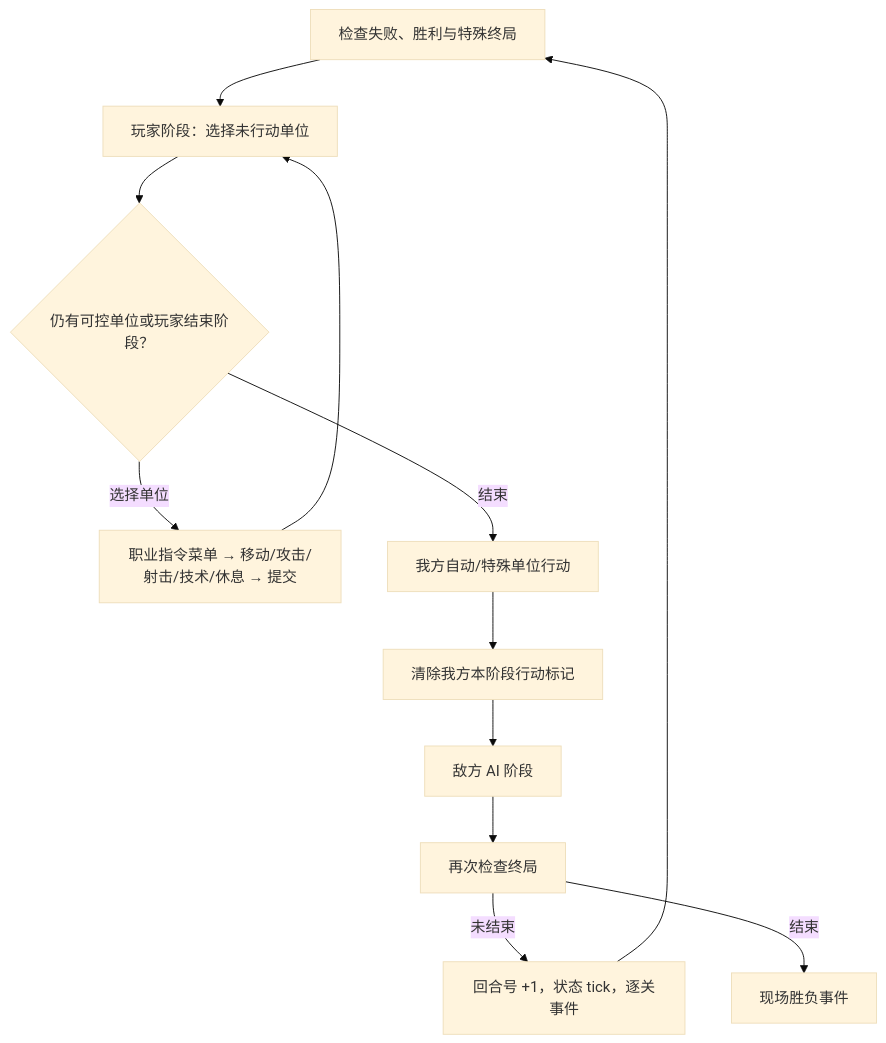
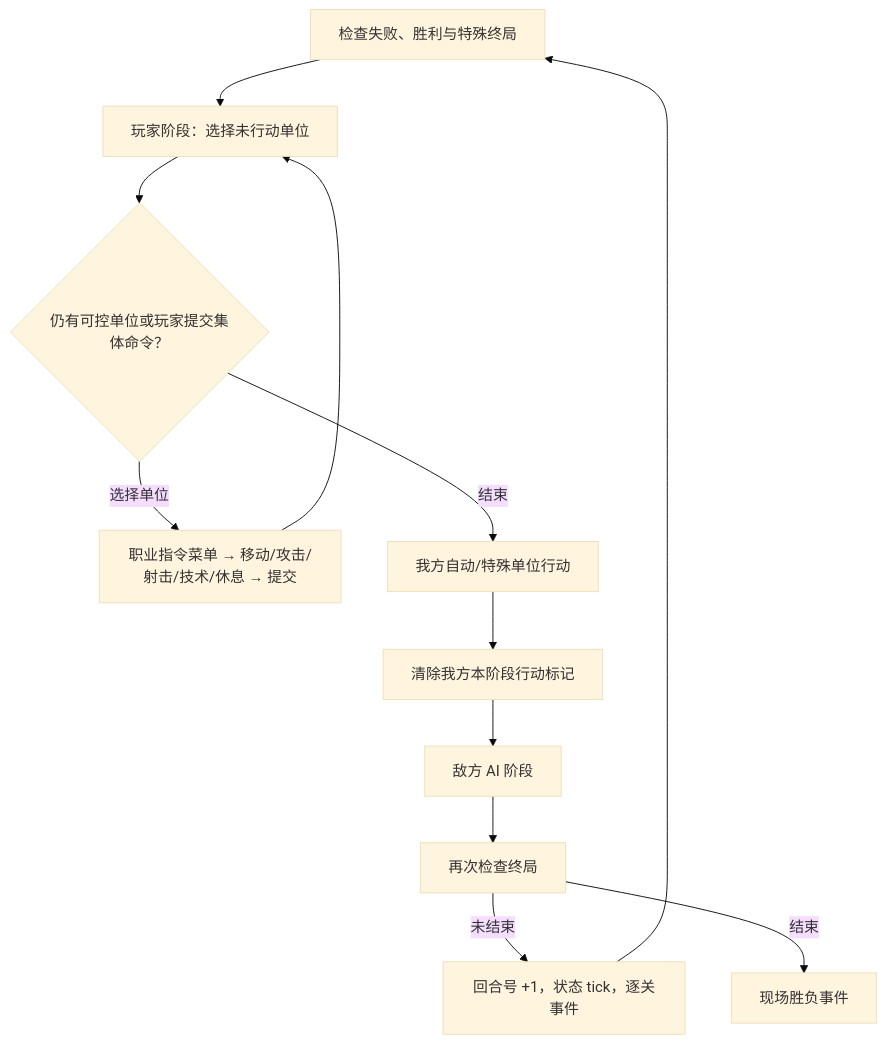
One commit to WispSnow/angel2-web-remake changed the second of 2 diagrams in design/remake-gdd/02-game-flow.md. Above: the diagram before and after it, drawn with Mermaid (base theme). The commit also changed other lines of this file and 11 other files, not shown here.

Commit message:
Implement native group command turn flow

````diff
--- a/design/remake-gdd/02-game-flow.md
+++ b/design/remake-gdd/02-game-flow.md
@@ -70,14 +70,14 @@
 ```mermaid
 flowchart TD
     A["检查失败、胜利与特殊终局"] --> B["玩家阶段：选择未行动单位"]
-    B --> C{"仍有可控单位或玩家结束阶段？"}
+    B --> C{"仍有可控单位或玩家提交集体命令？"}
     C -->|选择单位| D["职业指令菜单 → 移动/攻击/射击/技术/休息 → 提交"]
     D --> B
     C -->|结束| E["我方自动/特殊单位行动"]
     E --> F["清除我方本阶段行动标记"]
     F --> G["敌方 AI 阶段"]
     G --> H["再次检查终局"]
     H -->|未结束| I["回合号 +1，状态 tick，逐关事件"]
     I --> A
     H -->|结束| J["现场胜负事件"]
 ```
````
